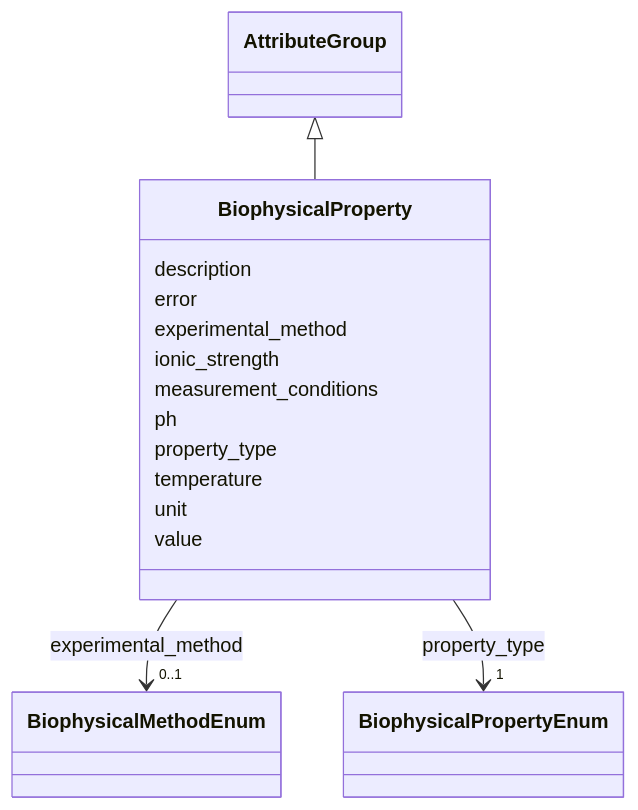
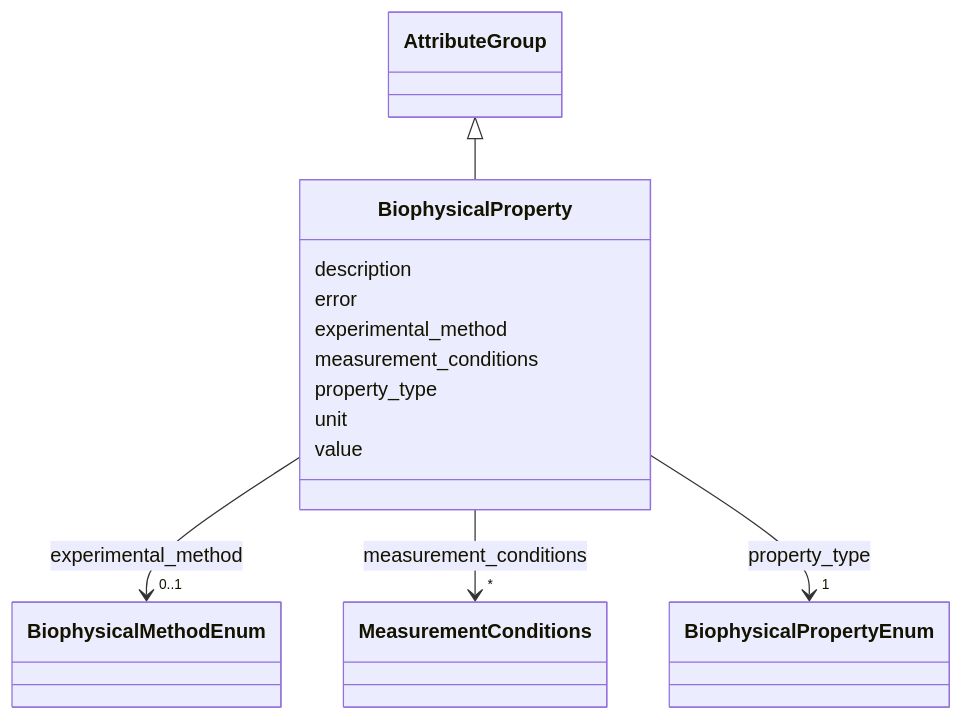
Before and after one commit to lambda-ber/lambda-ber-schema: the diagram in docs/BiophysicalProperty.md, drawn with Mermaid. The commit also changed other lines of this file and 278 other files, not shown here.

````diff
--- a/docs/BiophysicalProperty.md
+++ b/docs/BiophysicalProperty.md
@@ -18,47 +18,50 @@
 ```mermaid
  classDiagram
     class BiophysicalProperty
     click BiophysicalProperty href "../BiophysicalProperty/"
       AttributeGroup <|-- BiophysicalProperty
         click AttributeGroup href "../AttributeGroup/"
       
       BiophysicalProperty : description
         
       BiophysicalProperty : error
         
       BiophysicalProperty : experimental_method
         
           
     
         
         
         BiophysicalProperty --> "0..1" BiophysicalMethodEnum : experimental_method
         click BiophysicalMethodEnum href "../BiophysicalMethodEnum/"
     
 
         
-      BiophysicalProperty : ionic_strength
-        
       BiophysicalProperty : measurement_conditions
         
-      BiophysicalProperty : ph
+          
+    
+        
+        
+        BiophysicalProperty --> "*" MeasurementConditions : measurement_conditions
+        click MeasurementConditions href "../MeasurementConditions/"
+    
+
         
       BiophysicalProperty : property_type
         
           
     
         
         
         BiophysicalProperty --> "1" BiophysicalPropertyEnum : property_type
         click BiophysicalPropertyEnum href "../BiophysicalPropertyEnum/"
     
 
         
-      BiophysicalProperty : temperature
-        
       BiophysicalProperty : unit
         
       BiophysicalProperty : value
         
       
 ```
````
